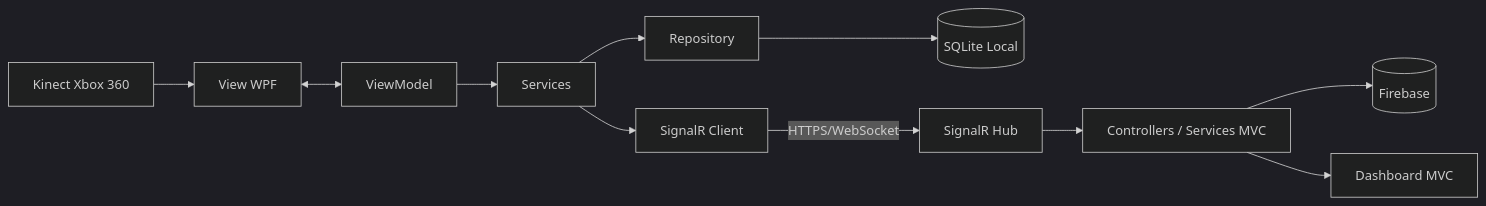
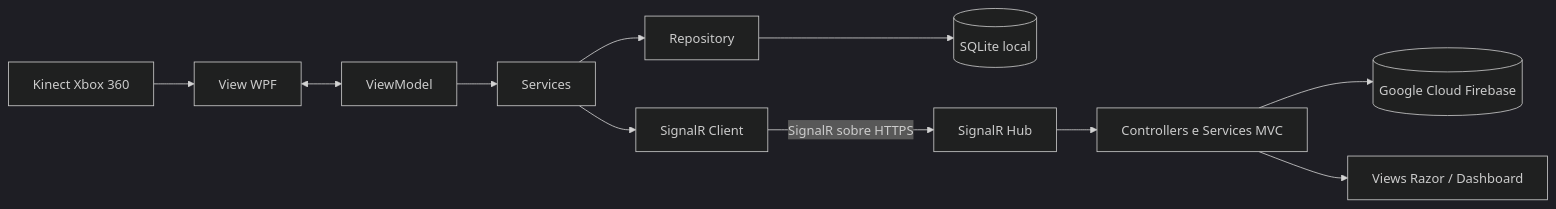
One commit to Nylo1991/TCC_Inventory_Masters_Kinect changed the diagram in Docs/Infraestrutura.md. Above: the diagram before and after it, drawn with Mermaid (dark theme). The commit also changed other lines of this file, not shown here.

First line of the commit message:
adiciona documentação de infraestrutura dos módulos MVC e MVVM

````diff
--- a/Docs/Infraestrutura.md
+++ b/Docs/Infraestrutura.md
@@ -147,25 +170,25 @@
 ```mermaid
 flowchart LR
     K[Kinect Xbox 360]
     V[View WPF]
     VM[ViewModel]
     S[Services]
     R[Repository]
-    SQL[(SQLite Local)]
+    SQL[(SQLite local)]
     SR[SignalR Client]
     HUB[SignalR Hub]
-    C[Controllers / Services MVC]
-    FB[(Firebase)]
-    WEB[Dashboard MVC]
+    C[Controllers e Services MVC]
+    FB[(Google Cloud Firebase)]
+    WEB[Views Razor / Dashboard]
 
     K --> V
     V <--> VM
     VM --> S
     S --> R
     R --> SQL
     S --> SR
-    SR -->|HTTPS/WebSocket| HUB
+    SR -->|SignalR sobre HTTPS| HUB
     HUB --> C
     C --> FB
     C --> WEB
 ```
````
